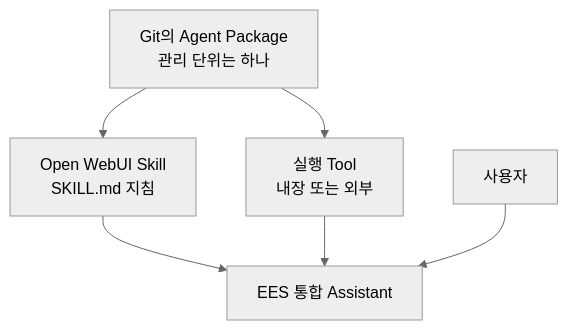
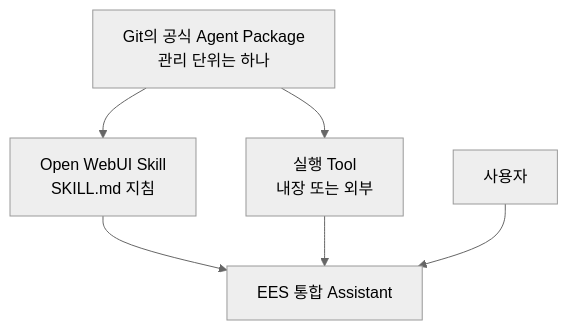
Before and after one commit to knadalkim-a11y/team-agent-poc: the first of 8 diagrams in docs/03-openwebui-native-agent.md, drawn with Mermaid (neutral theme). The commit also changed other lines of this file and 14 other files, not shown here.

````diff
--- a/docs/03-openwebui-native-agent.md
+++ b/docs/03-openwebui-native-agent.md
@@ -13,12 +13,12 @@
 ```mermaid
 flowchart TB
-    Pack["Git의 Agent Package<br/>관리 단위는 하나"]
+    Pack["Git의 공식 Agent Package<br/>관리 단위는 하나"]
     Skill["Open WebUI Skill<br/>SKILL.md 지침"]
     Tool["실행 Tool<br/>내장 또는 외부"]
     Assistant["EES 통합 Assistant"]
     User["사용자"]
 
     Pack --> Skill --> Assistant
     Pack --> Tool --> Assistant
     User --> Assistant
 ```
````
